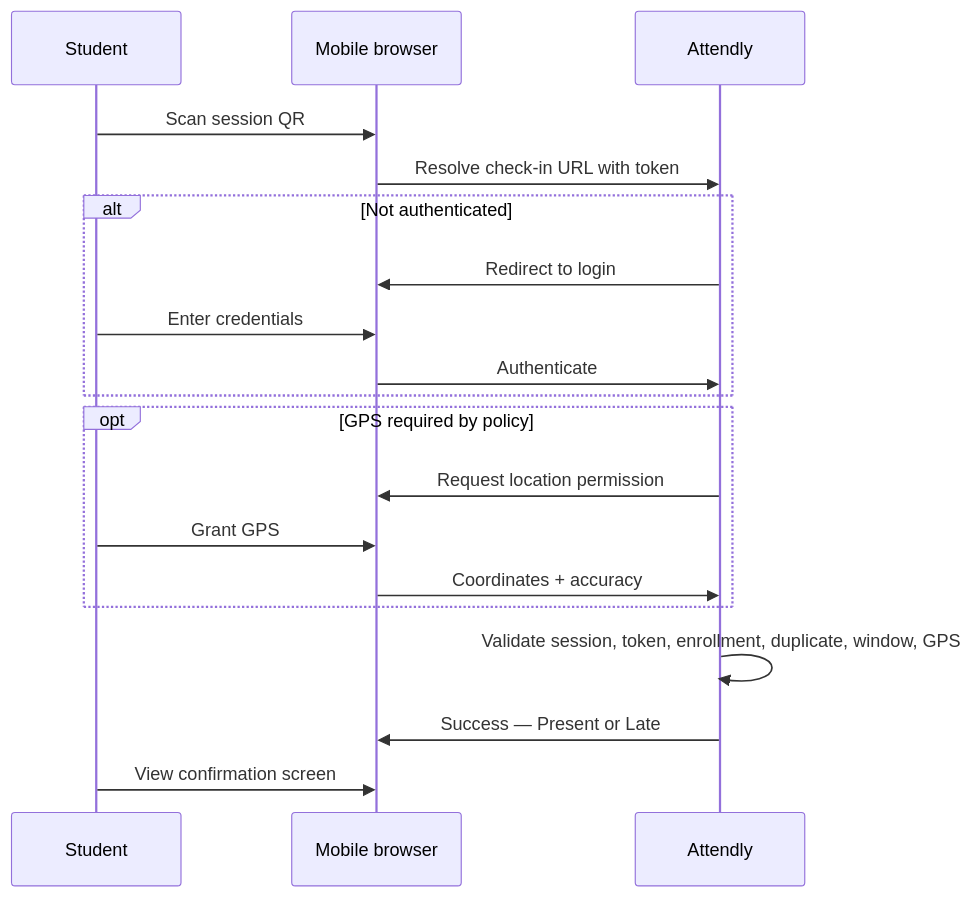
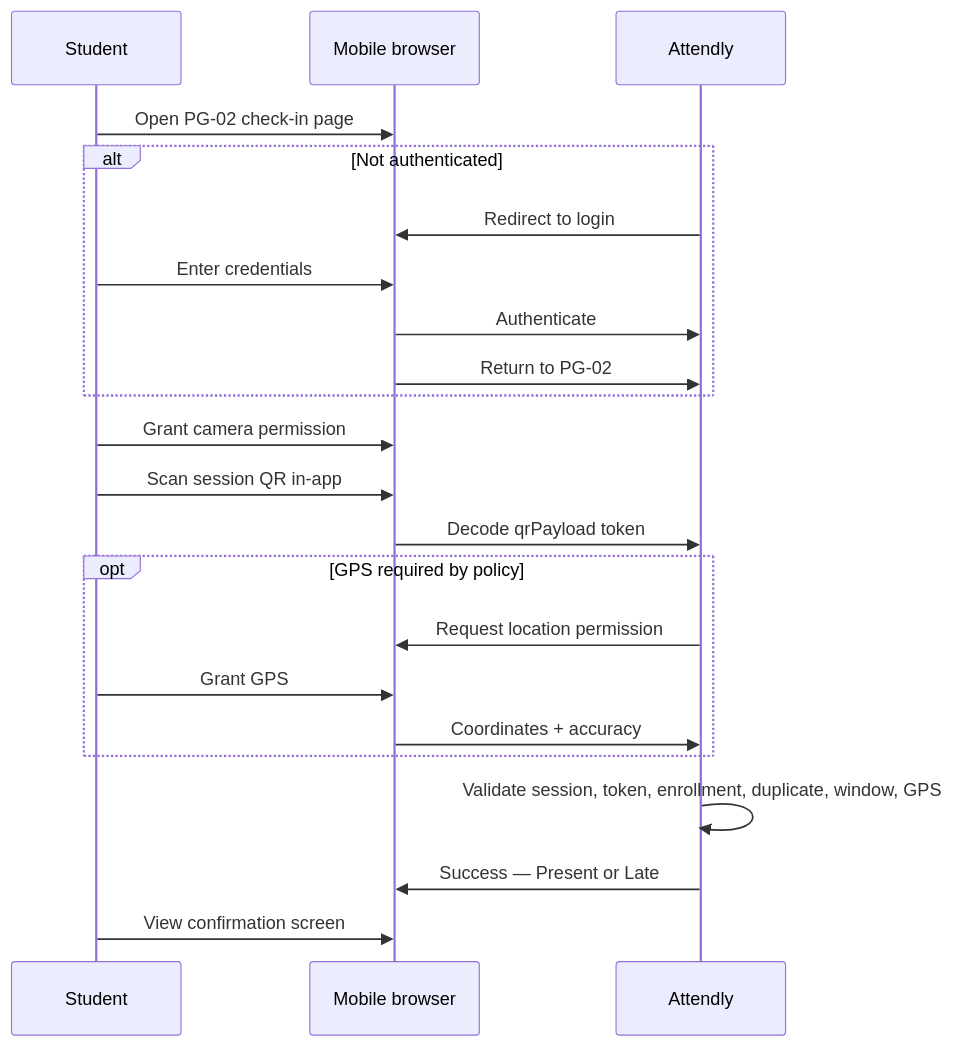
The third of 4 diagrams in projects/ai-harnessed_hesd/docs/brds/02-business-workflow.md (trannamtrung1st/ai-engineering-learning), drawn with Mermaid before and after one commit. The commit also changed other lines of this file and 77 other files, not shown here.

````diff
--- a/projects/ai-harnessed_hesd/docs/brds/02-business-workflow.md
+++ b/projects/ai-harnessed_hesd/docs/brds/02-business-workflow.md
@@ -138,22 +138,25 @@
 ```mermaid
 sequenceDiagram
   participant S as Student
   participant B as Mobile browser
   participant A as Attendly
 
-  S->>B: Scan session QR
-  B->>A: Resolve check-in URL with token
+  S->>B: Open PG-02 check-in page
   alt Not authenticated
     A->>B: Redirect to login
     S->>B: Enter credentials
     B->>A: Authenticate
+    B->>A: Return to PG-02
   end
+  S->>B: Grant camera permission
+  S->>B: Scan session QR in-app
+  B->>A: Decode qrPayload token
   opt GPS required by policy
     A->>B: Request location permission
     S->>B: Grant GPS
     B->>A: Coordinates + accuracy
   end
   A->>A: Validate session, token, enrollment, duplicate, window, GPS
   A->>B: Success — Present or Late
   S->>B: View confirmation screen
 ```
````
